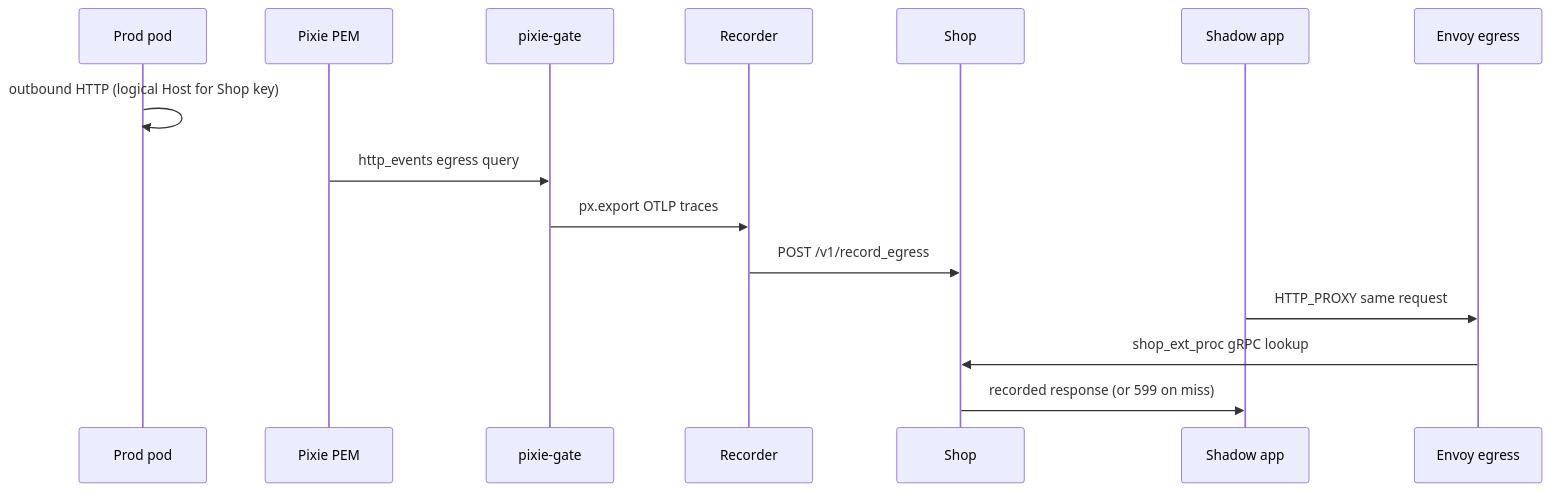
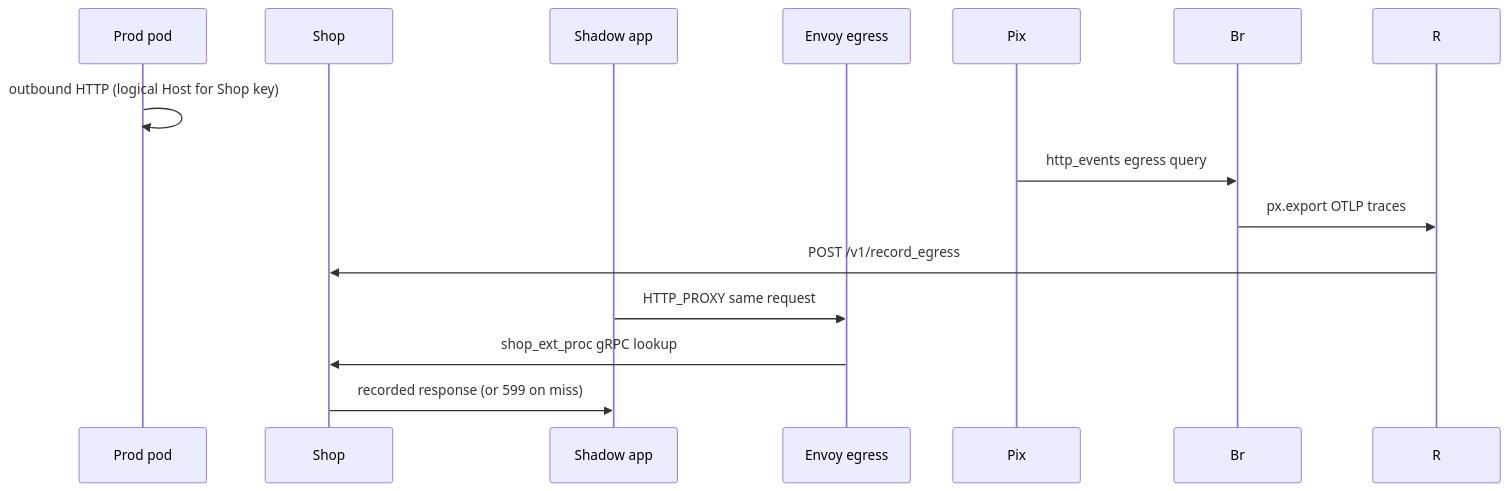
Before and after one commit to nederrgo/shadow-diff: the fifth of 5 diagrams in docs/architecture/ARCHITECTURE.md, drawn with Mermaid. The commit also changed other lines of this file and 135 other files, not shown here.

````diff
--- a/docs/architecture/ARCHITECTURE.md
+++ b/docs/architecture/ARCHITECTURE.md
@@ -360,18 +327,15 @@
 ```mermaid
 sequenceDiagram
   participant P as Prod pod
-  participant Pix as Pixie PEM
-  participant Br as pixie-gate
-  participant R as Recorder
   participant S as Shop
   participant Sh as Shadow app
   participant E as Envoy egress
 
   P->>P: outbound HTTP (logical Host for Shop key)
   Pix->>Br: http_events egress query
   Br->>R: px.export OTLP traces
   R->>S: POST /v1/record_egress
   Sh->>E: HTTP_PROXY same request
   E->>S: shop_ext_proc gRPC lookup
   S->>Sh: recorded response (or 599 on miss)
 ```
````
